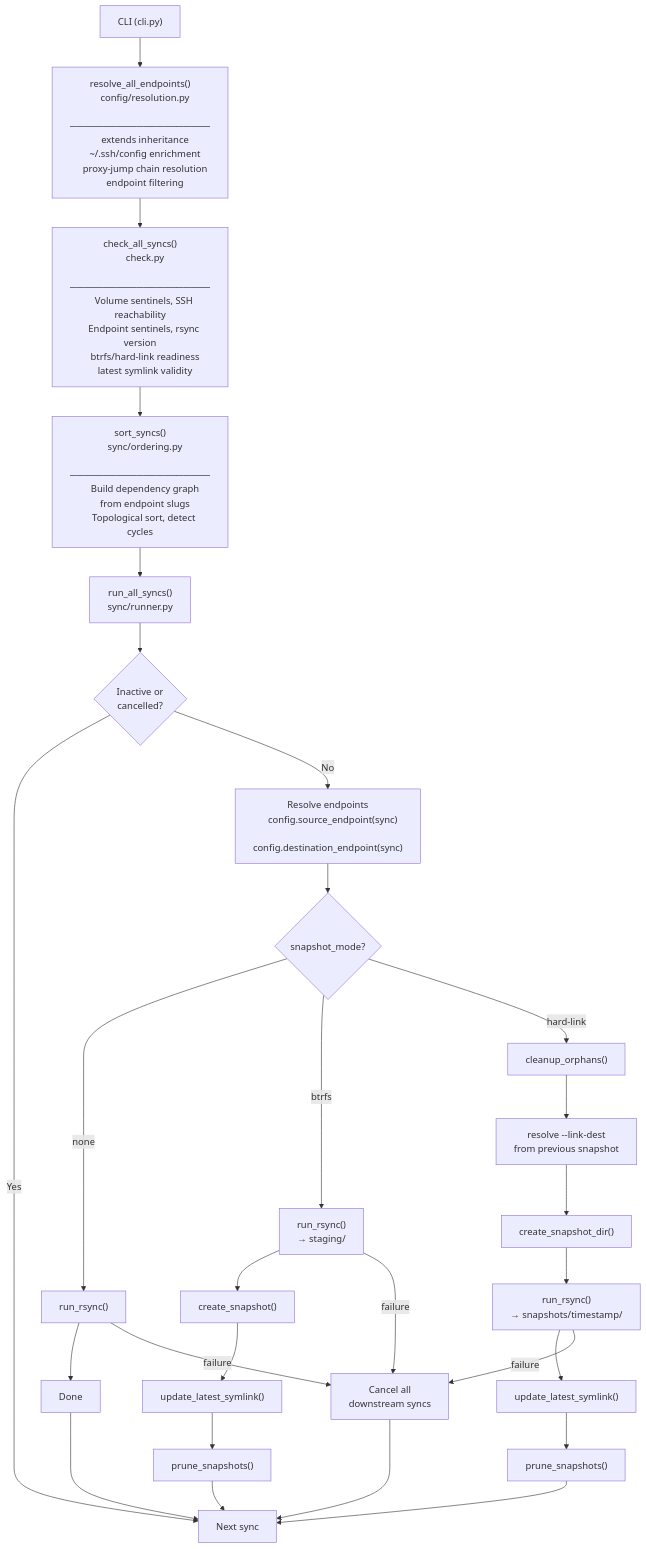
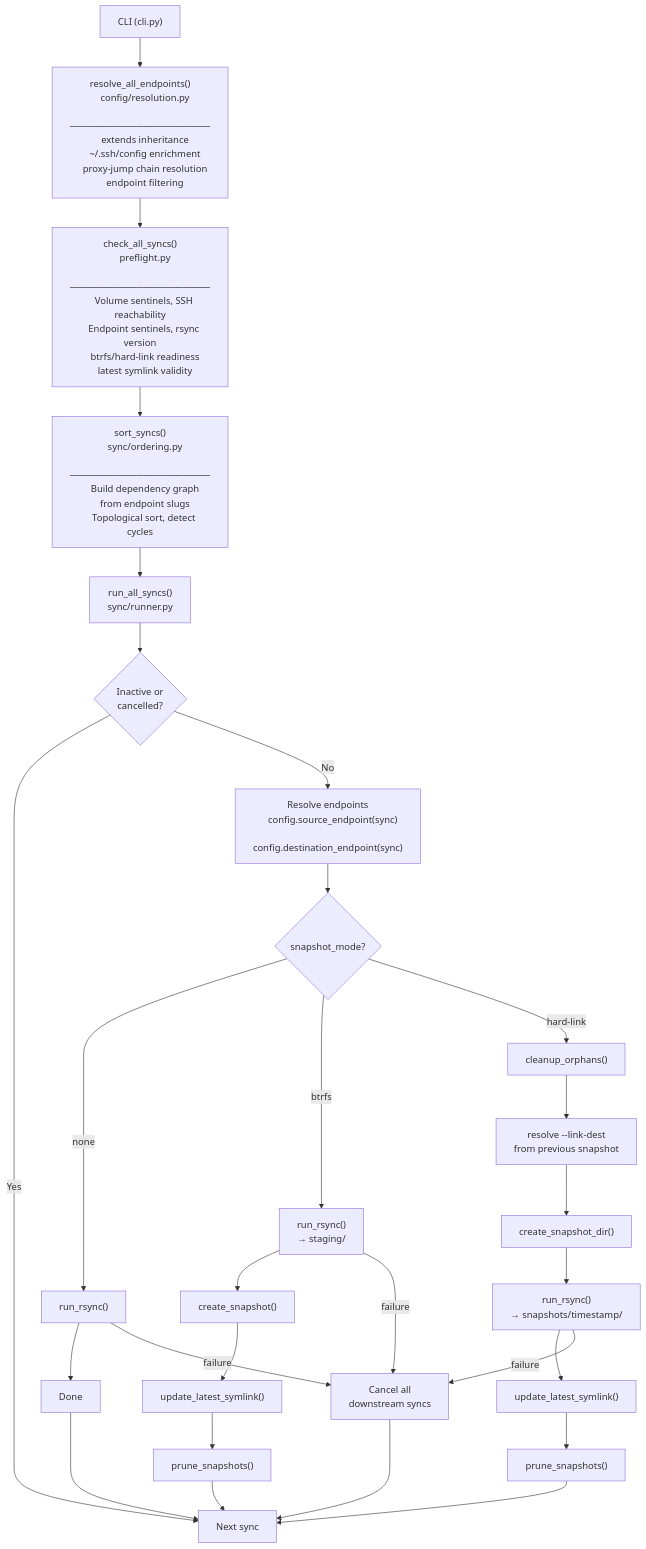
One commit to iglootools/nbkp changed the diagram in docs/architecture.md. Above: the diagram before and after it, drawn with Mermaid. The commit also changed other lines of this file and 12 other files, not shown here.

Commit message:
refactor: check -> preflight

````diff
--- a/docs/architecture.md
+++ b/docs/architecture.md
@@ -31,67 +31,67 @@
 ```mermaid
 flowchart TD
     CLI["CLI (cli.py)"]
 
     CLI --> Resolve["resolve_all_endpoints()
     config/resolution.py
     ─────────────────────
     extends inheritance
     ~/.ssh/config enrichment
     proxy-jump chain resolution
     endpoint filtering"]
 
     Resolve --> Check["check_all_syncs()
-    check.py
+    preflight.py
     ─────────────────────
     Volume sentinels, SSH reachability
     Endpoint sentinels, rsync version
     btrfs/hard-link readiness
     latest symlink validity"]
 
     Check --> Sort["sort_syncs()
     sync/ordering.py
     ─────────────────────
     Build dependency graph
     from endpoint slugs
     Topological sort, detect cycles"]
 
     Sort --> Run["run_all_syncs()
     sync/runner.py"]
 
     Run --> Skip{Inactive or
     cancelled?}
     Skip -- Yes --> NextSync[Next sync]
     Skip -- No --> ResolveEP["Resolve endpoints
     config.source_endpoint(sync)
     config.destination_endpoint(sync)"]
 
     ResolveEP --> Dispatch{snapshot_mode?}
 
     Dispatch -- none --> Rsync["run_rsync()"]
     Rsync --> Done[Done]
 
     Dispatch -- btrfs --> RsyncBtrfs["run_rsync()
     → staging/"]
     RsyncBtrfs --> Snapshot["create_snapshot()"]
     Snapshot --> Symlink["update_latest_symlink()"]
     Symlink --> Prune["prune_snapshots()"]
 
     Dispatch -- hard-link --> Cleanup["cleanup_orphans()"]
     Cleanup --> LinkDest["resolve --link-dest
     from previous snapshot"]
     LinkDest --> CreateDir["create_snapshot_dir()"]
     CreateDir --> RsyncHL["run_rsync()
     → snapshots/timestamp/"]
     RsyncHL --> SymlinkHL["update_latest_symlink()"]
     SymlinkHL --> PruneHL["prune_snapshots()"]
 
     Done --> NextSync
     Prune --> NextSync
     PruneHL --> NextSync
 
     RsyncBtrfs -- failure --> Cancel["Cancel all
     downstream syncs"]
     RsyncHL -- failure --> Cancel
     Rsync -- failure --> Cancel
     Cancel --> NextSync
 ```
````
